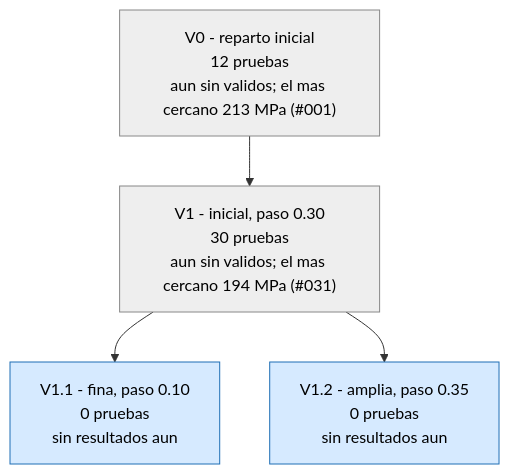
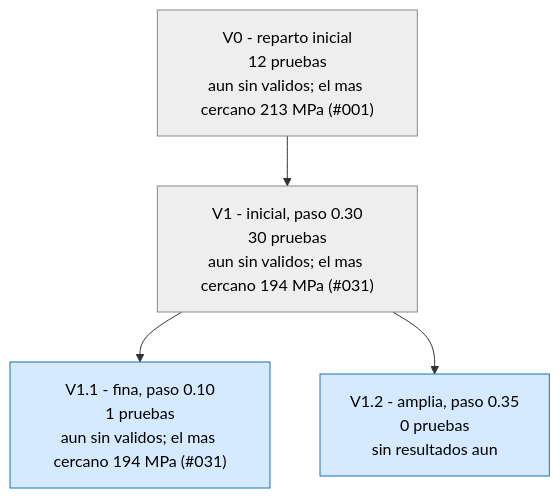
Before and after one commit to Hugiko/msd-soporte-optimizacion: the first of 3 diagrams in runs/opt_37800N/ARBOL.md, drawn with Mermaid. The commit also changed 22 other files, not shown here.

````diff
--- a/runs/opt_37800N/ARBOL.md
+++ b/runs/opt_37800N/ARBOL.md
@@ -9,13 +9,13 @@
 ```mermaid
 graph TD
 classDef activa fill:#d6eaff,stroke:#1f6fb5,color:#000
 classDef fin fill:#eeeeee,stroke:#888,color:#000
 classDef mejor fill:#c8f0c0,stroke:#1a9850,stroke-width:4px,color:#000
 V0["V0 - reparto inicial<br/>12 pruebas<br/>aun sin validos; el mas cercano 213 MPa (#001)"]:::fin
 V1["V1 - inicial, paso 0.30<br/>30 pruebas<br/>aun sin validos; el mas cercano 194 MPa (#031)"]:::fin
 V0 --> V1
-V1_1["V1.1 - fina, paso 0.10<br/>0 pruebas<br/>sin resultados aun"]:::activa
+V1_1["V1.1 - fina, paso 0.10<br/>1 pruebas<br/>aun sin validos; el mas cercano 194 MPa (#031)"]:::activa
 V1 --> V1_1
 V1_2["V1.2 - amplia, paso 0.35<br/>0 pruebas<br/>sin resultados aun"]:::activa
 V1 --> V1_2
 ```
````
